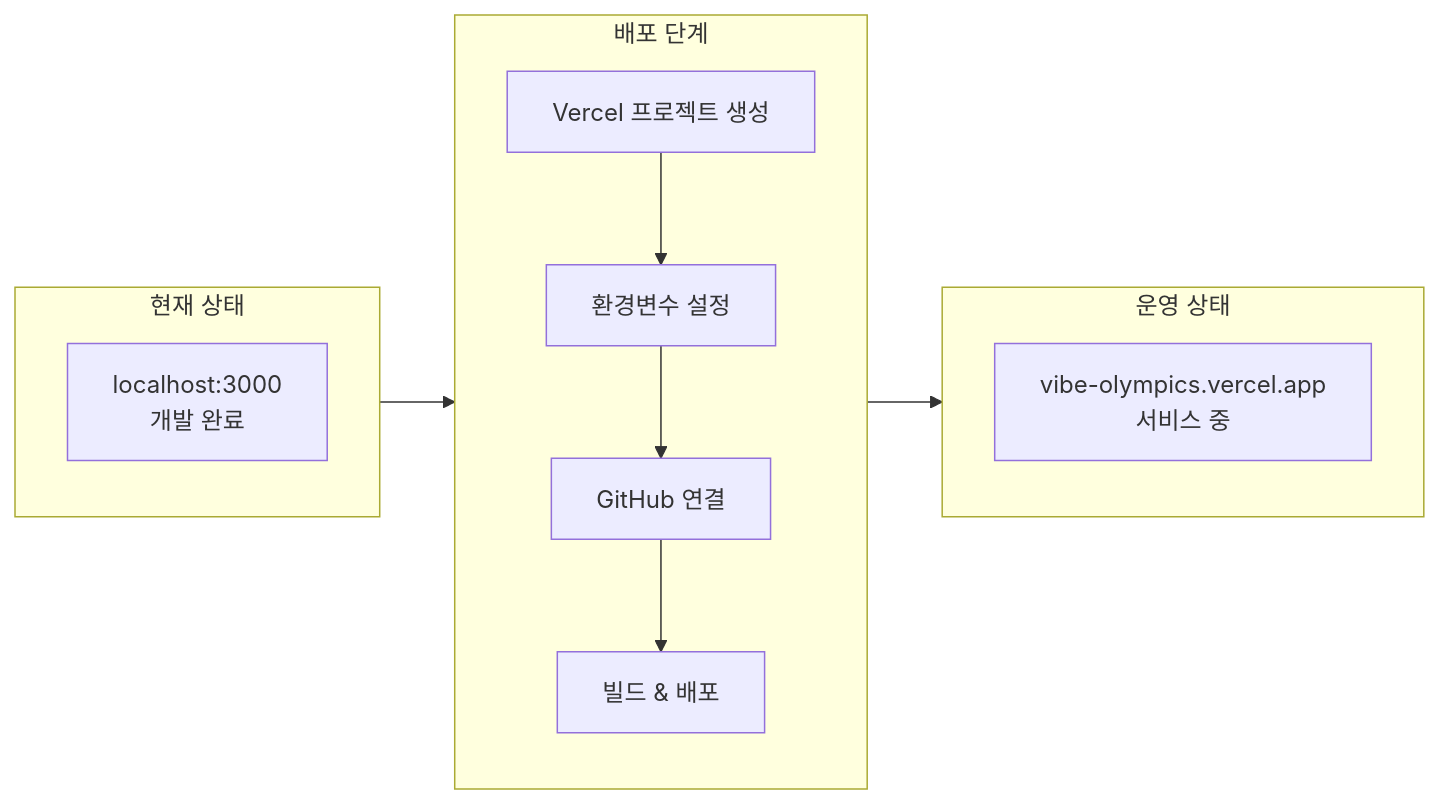
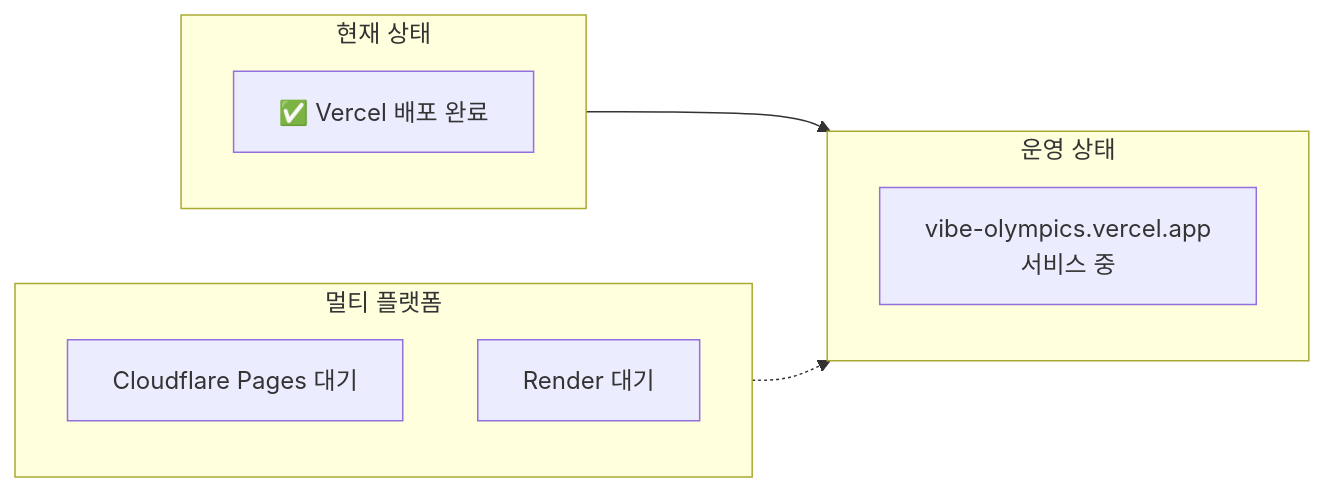
The first of 2 diagrams in docs/obsidian/Deployment/deployment-guide.md (vibeolympics-crypto/vibe-olympics), drawn with Mermaid before and after one commit. The commit also changed other lines of this file and 5 other files, not shown here.

````diff
--- a/docs/obsidian/Deployment/deployment-guide.md
+++ b/docs/obsidian/Deployment/deployment-guide.md
@@ -12,22 +12,18 @@
 ```mermaid
 flowchart LR
     subgraph Current["현재 상태"]
-        Dev[localhost:3000<br/>개발 완료]
+        Dev[✅ Vercel 배포 완료]
     end
     
-    subgraph Deploy["배포 단계"]
-        D1[Vercel 프로젝트 생성]
-        D2[환경변수 설정]
-        D3[GitHub 연결]
-        D4[빌드 & 배포]
+    subgraph Multi["멀티 플랫폼"]
+        CF[Cloudflare Pages 대기]
+        Render[Render 대기]
     end
     
     subgraph Live["운영 상태"]
         Prod[vibe-olympics.vercel.app<br/>서비스 중]
     end
     
-    Current --> Deploy
-    Deploy --> Live
-    
-    D1 --> D2 --> D3 --> D4
+    Current --> Live
+    Multi -.-> Live
 ```
````
